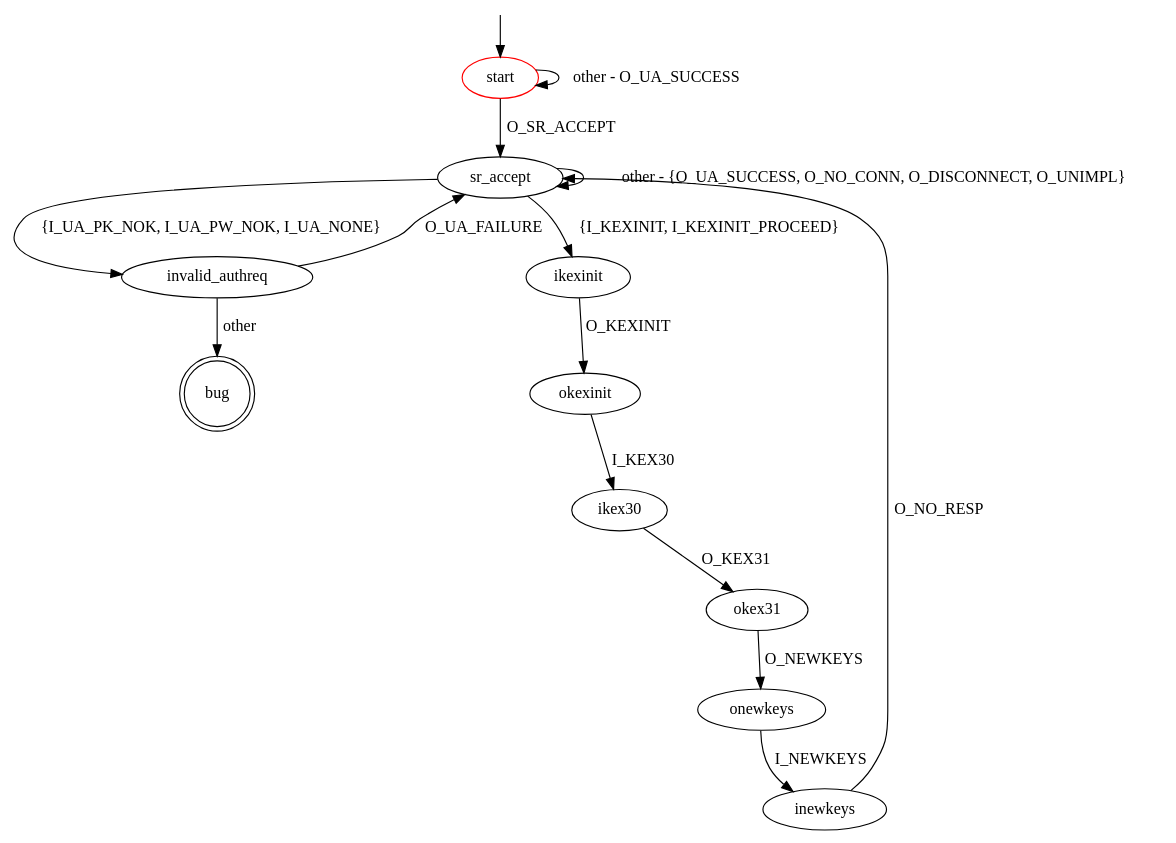
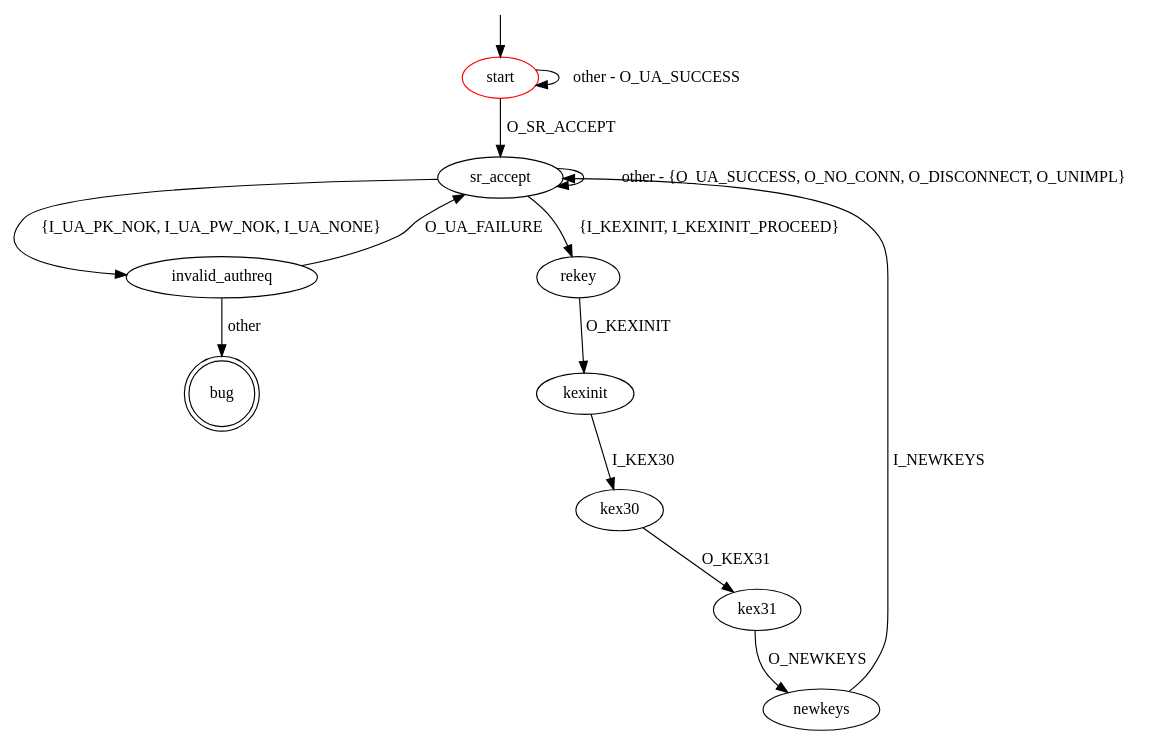
One commit to assist-project/state-machine-bug-finder changed the diagram in src/main/resources/patterns/ssh/invalid_auth_rejection_response.dot. Above: the diagram before and after it, drawn with Graphviz.

Commit message:
Changed rekey path to use standard rekey

```diff
--- a/src/main/resources/patterns/ssh/invalid_auth_rejection_response.dot
+++ b/src/main/resources/patterns/ssh/invalid_auth_rejection_response.dot
@@ -1,23 +1,23 @@
 digraph G {
 label=""
 start [color="red"]
 bug [shape="doublecircle"]
 
 start -> sr_accept [label="O_SR_ACCEPT"]
 start -> start [label="other - O_UA_SUCCESS"]
 sr_accept -> invalid_authreq [label="{I_UA_PK_NOK, I_UA_PW_NOK, I_UA_NONE}"]
 sr_accept -> sr_accept [label="other - {O_UA_SUCCESS, O_NO_CONN, O_DISCONNECT, O_UNIMPL}"]
-sr_accept -> ikexinit [label="{I_KEXINIT, I_KEXINIT_PROCEED}"]
+
+sr_accept -> rekey [label="{I_KEXINIT, I_KEXINIT_PROCEED}"]
 invalid_authreq -> sr_accept [label="O_UA_FAILURE"]
 invalid_authreq -> bug [label="other"]
 
-ikexinit -> okexinit [label="O_KEXINIT"]
-okexinit -> ikex30 [label="I_KEX30"]
-ikex30 -> okex31 [label="O_KEX31"]
-okex31 -> onewkeys [label="O_NEWKEYS"]
-onewkeys -> inewkeys [label="I_NEWKEYS"]
-inewkeys -> sr_accept [label="O_NO_RESP"]
+rekey -> kexinit [label="O_KEXINIT"]
+kexinit -> kex30 [label="I_KEX30"]
+kex30 -> kex31 [label="O_KEX31"]
+kex31 -> newkeys [label="O_NEWKEYS"]
+newkeys -> sr_accept [label="I_NEWKEYS"]
 
 __start0 [label="" shape="none" width="0" height="0"];
 __start0 -> start;
 }
```
